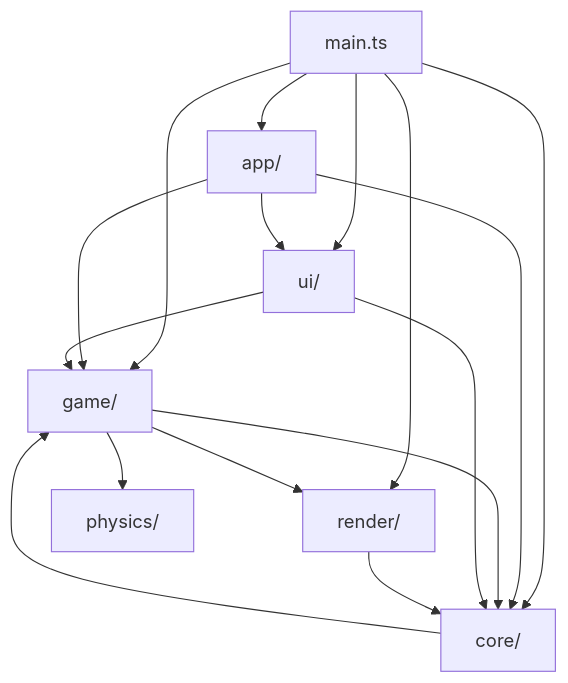
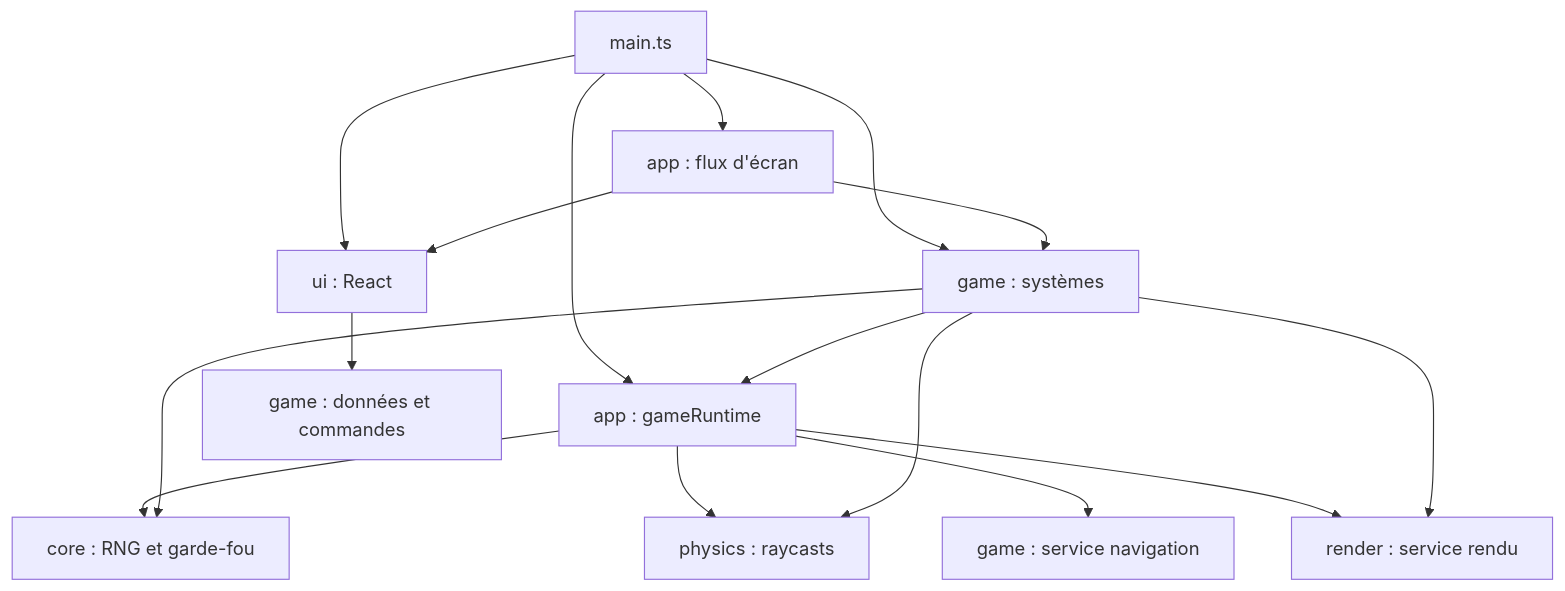
Before and after one commit to benjiGir/projet-cassandre: the diagram in docs/3-architecture/carte-des-modules.md, drawn with Mermaid. The commit also changed other lines of this file and 39 other files, not shown here.

````diff
--- a/docs/3-architecture/carte-des-modules.md
+++ b/docs/3-architecture/carte-des-modules.md
@@ -25,18 +23,18 @@
 ```mermaid
 flowchart TD
-  Main["main.ts"] --> App["app/"]
-  Main --> Core["core/"]
-  Main --> Game["game/"]
-  Main --> Ui["ui/"]
-  Main --> Render["render/"]
-  App --> Ui
-  App --> Game
-  App --> Core
+  Main["main.ts"] --> Flow["app : flux d'écran"]
+  Main --> Runtime["app : gameRuntime"]
+  Main --> Ui["ui : React"]
+  Main --> Game["game : systèmes"]
+  Flow --> Ui
+  Flow --> Game
+  Game --> Runtime
+  Runtime --> Core["core : RNG et garde-fou"]
+  Runtime --> Physics["physics : raycasts"]
+  Runtime --> Nav["game : service navigation"]
+  Runtime --> Render["render : service rendu"]
+  Game --> Physics
+  Game --> Render
   Game --> Core
-  Game --> Render
-  Game --> Physics["physics/"]
-  Ui --> Game
-  Ui --> Core
-  Core --> Game
-  Render --> Core
+  Ui --> Data["game : données et commandes"]
 ```
````
